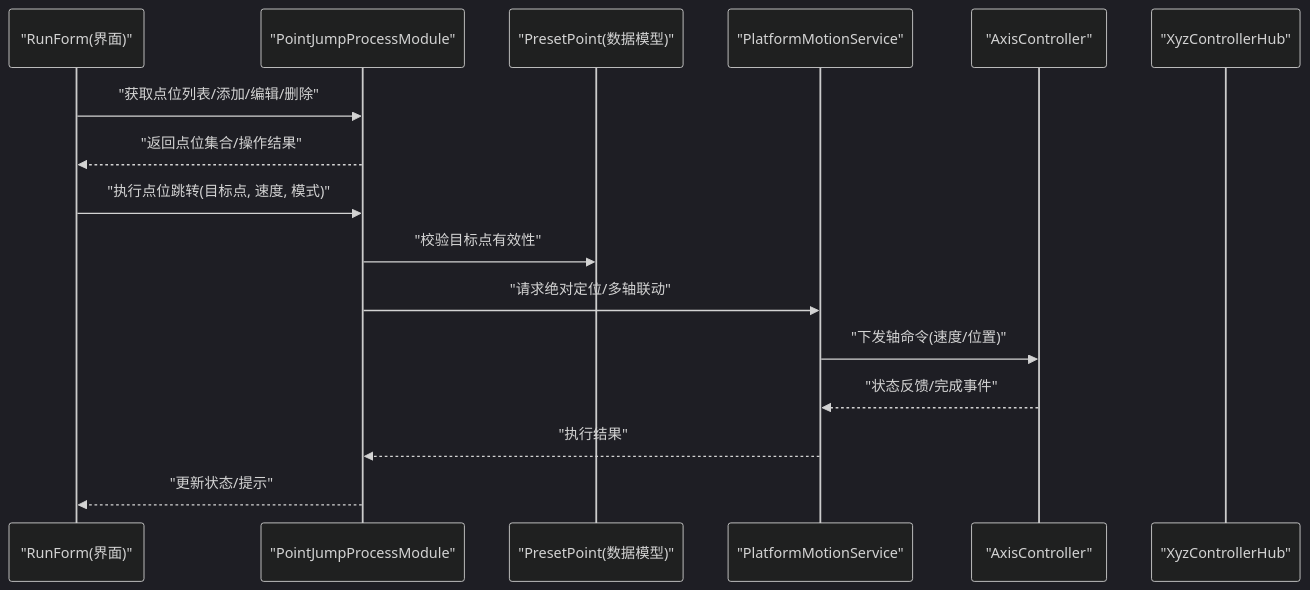
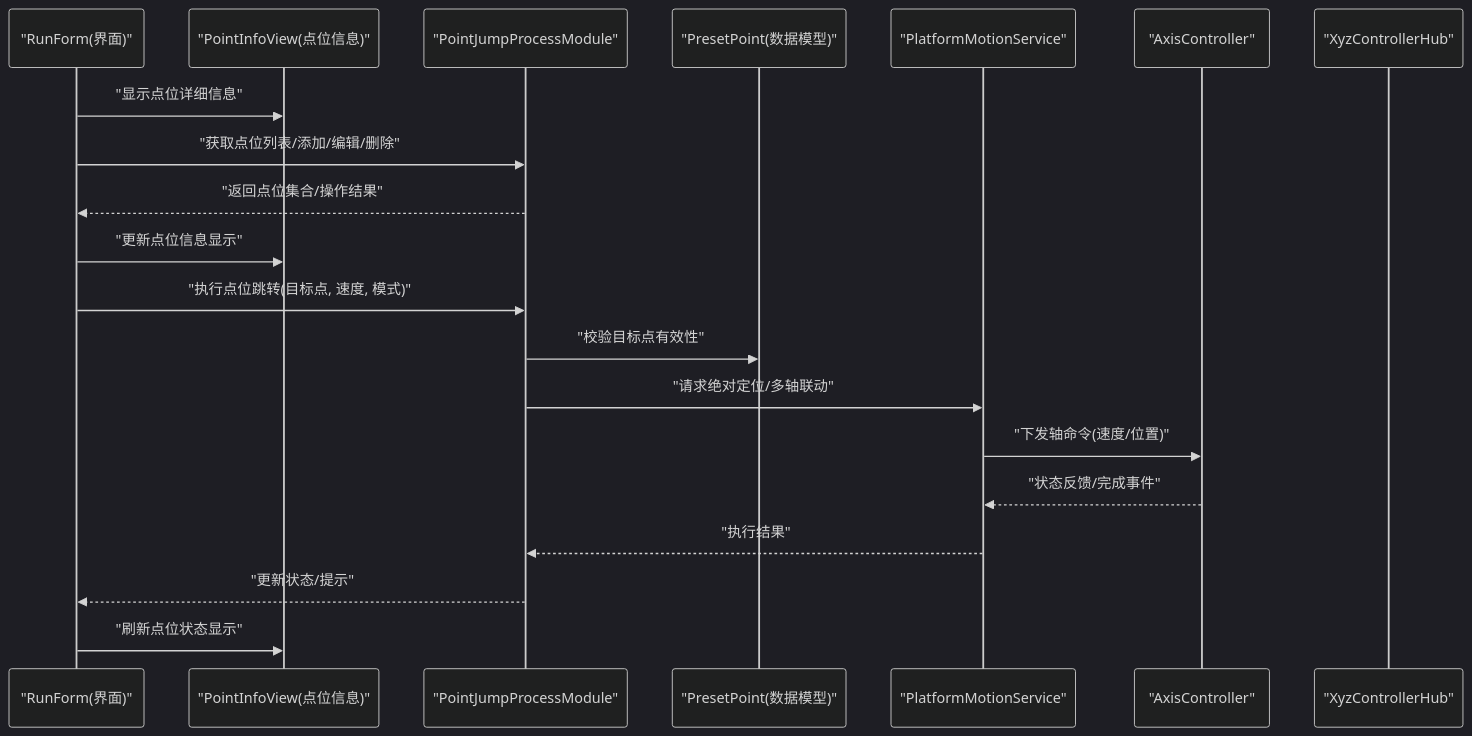
Before and after one commit to fuweiq94-cloud/339918076: the second of 4 diagrams in .qoder/repowiki/zh/content/核心功能模块/点位跳转模块 (PointJump).md, drawn with Mermaid (dark theme). The commit also changed other lines of this file and 75 other files, not shown here.

````diff
--- a/.qoder/repowiki/zh/content/核心功能模块/点位跳转模块 (PointJump).md
+++ b/.qoder/repowiki/zh/content/核心功能模块/点位跳转模块 (PointJump).md
@@ -182,18 +183,22 @@
 ```mermaid
 sequenceDiagram
 participant UI as "RunForm(界面)"
+participant PIV as "PointInfoView(点位信息)"
 participant PM as "PointJumpProcessModule"
 participant PP as "PresetPoint(数据模型)"
 participant PMS as "PlatformMotionService"
 participant AC as "AxisController"
 participant XHUB as "XyzControllerHub"
+UI->>PIV : "显示点位详细信息"
 UI->>PM : "获取点位列表/添加/编辑/删除"
 PM-->>UI : "返回点位集合/操作结果"
+UI->>PIV : "更新点位信息显示"
 UI->>PM : "执行点位跳转(目标点, 速度, 模式)"
 PM->>PP : "校验目标点有效性"
 PM->>PMS : "请求绝对定位/多轴联动"
 PMS->>AC : "下发轴命令(速度/位置)"
 AC-->>PMS : "状态反馈/完成事件"
 PMS-->>PM : "执行结果"
 PM-->>UI : "更新状态/提示"
+UI->>PIV : "刷新点位状态显示"
 ```
````
